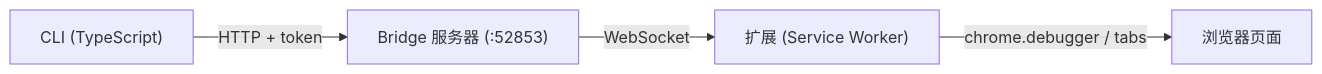
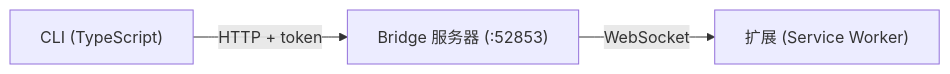
One commit to dreamhunter2333/browser-bridge-cli changed the first of 3 diagrams in README_CN.md. Above: the diagram before and after it, drawn with Mermaid. The commit also changed other lines of this file and 1 other file, not shown here.

Commit message:
Simplify README deployment diagrams

````diff
--- a/README_CN.md
+++ b/README_CN.md
@@ -7,11 +7,9 @@
 ```mermaid
 graph LR
     CLI["CLI (TypeScript)"]
     Bridge["Bridge 服务器 (:52853)"]
     Ext["扩展 (Service Worker)"]
-    Browser["浏览器页面"]
 
     CLI -->|"HTTP + token"| Bridge
     Bridge -->|"WebSocket"| Ext
-    Ext -->|"chrome.debugger / tabs"| Browser
 ```
````
